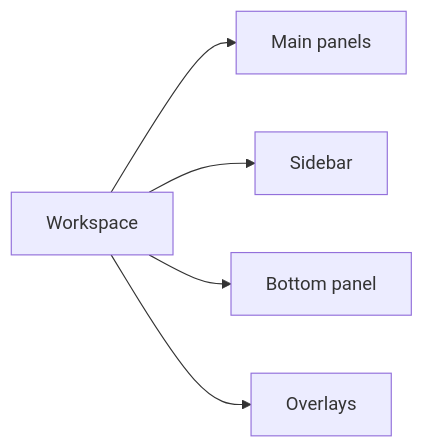
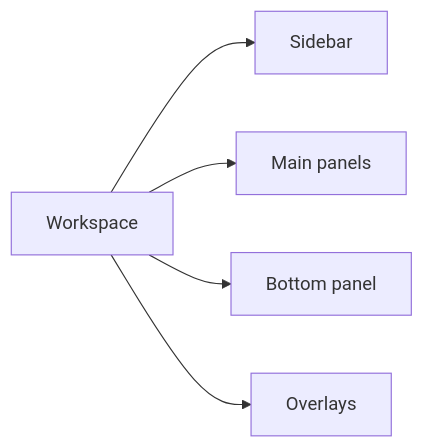
One commit to lkjsxc/kjxlkj changed the diagram in docs/spec/ui/views.md. Above: the diagram before and after it, drawn with Mermaid. The commit also changed other lines of this file and 4 other files, not shown here.

````diff
--- a/docs/spec/ui/views.md
+++ b/docs/spec/ui/views.md
@@ -17,14 +23,13 @@
 ```mermaid
 flowchart LR
   WS[Workspace]
+  SB[Sidebar]
   MAIN[Main panels]
-  SB[Sidebar]
   BP[Bottom panel]
   OL[Overlays]
 
+  WS --> SB
   WS --> MAIN
-  WS --> SB
   WS --> BP
   WS --> OL
-
 ```
````
